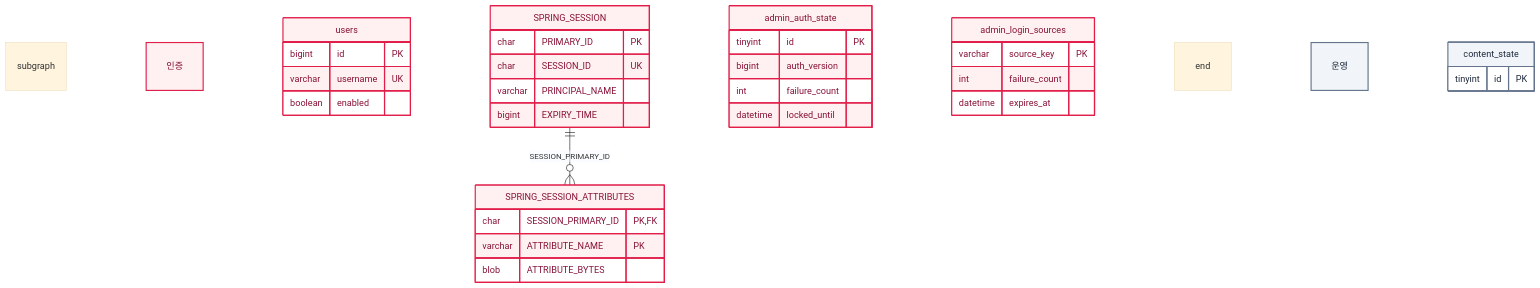
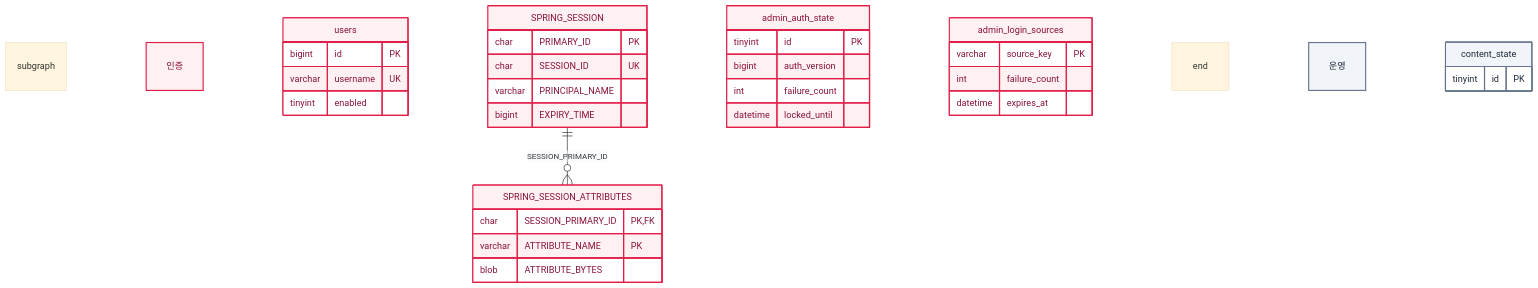
The sixth of 6 diagrams in content/posts/post-f9235d74-4d5b-4705-8f59-ba3511bd50e9.md (gjaku1031/ken-blog), drawn with Mermaid (base theme) before and after one commit. The commit also changed other lines of this file and 14 other files, not shown here.

First line of the commit message:
docs: restructure architecture and finish data, ops, security docs

````diff
--- a/content/posts/post-f9235d74-4d5b-4705-8f59-ba3511bd50e9.md
+++ b/content/posts/post-f9235d74-4d5b-4705-8f59-ba3511bd50e9.md
@@ -363,43 +346,43 @@
-```mermaid
+```mermaid caption="이 영역의 물리 FK는 세션 속성에서 세션으로 향하는 하나뿐. 세션과 계정, 인증 상태의 대응은 코드에서 처리함"
 erDiagram
     direction TB
     subgraph auth_detail["인증"]
         users {
             bigint id PK
             varchar username UK
-            boolean enabled
+            tinyint enabled
         }
         SPRING_SESSION {
             char PRIMARY_ID PK
             char SESSION_ID UK
             varchar PRINCIPAL_NAME
             bigint EXPIRY_TIME
         }
         SPRING_SESSION_ATTRIBUTES {
             char SESSION_PRIMARY_ID PK, FK
             varchar ATTRIBUTE_NAME PK
             blob ATTRIBUTE_BYTES
         }
         admin_auth_state {
             tinyint id PK
             bigint auth_version
             int failure_count
             datetime locked_until
         }
         admin_login_sources {
             varchar source_key PK
             int failure_count
             datetime expires_at
         }
     end
     subgraph operation_detail["운영"]
         content_state {
             tinyint id PK
         }
     end
     SPRING_SESSION ||--o{ SPRING_SESSION_ATTRIBUTES : SESSION_PRIMARY_ID
     classDef auth fill:#fff1f2,stroke:#e11d48,color:#881337,stroke-width:2px
     class auth_detail,users,SPRING_SESSION,SPRING_SESSION_ATTRIBUTES,admin_auth_state,admin_login_sources auth
     classDef operation fill:#f1f5f9,stroke:#64748b,color:#1e293b,stroke-width:2px
     class operation_detail,content_state operation
 ```
````
